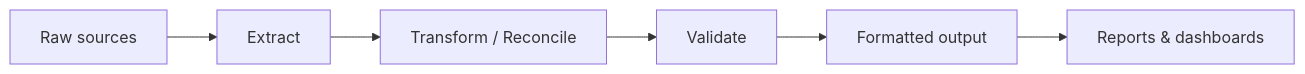
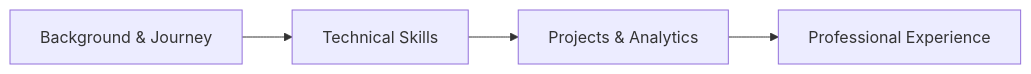
The diagram in docs/index.md (Mina-Makram-001/Mina_Makram-Portfolio_-_CV), drawn with Mermaid before and after one commit. The commit also changed other lines of this file and 3 other files, not shown here.

````diff
--- a/docs/index.md
+++ b/docs/index.md
@@ -10,8 +7,6 @@
 ```mermaid
 flowchart LR
-    A[Raw sources] --> B[Extract]
-    B --> C[Transform / Reconcile]
-    C --> D[Validate]
-    D --> E[Formatted output]
-    E --> F[Reports & dashboards]
+    A[Background & Journey] --> B[Technical Skills]
+    B --> C[Projects & Analytics]
+    C --> D[Professional Experience]
 ```
````
